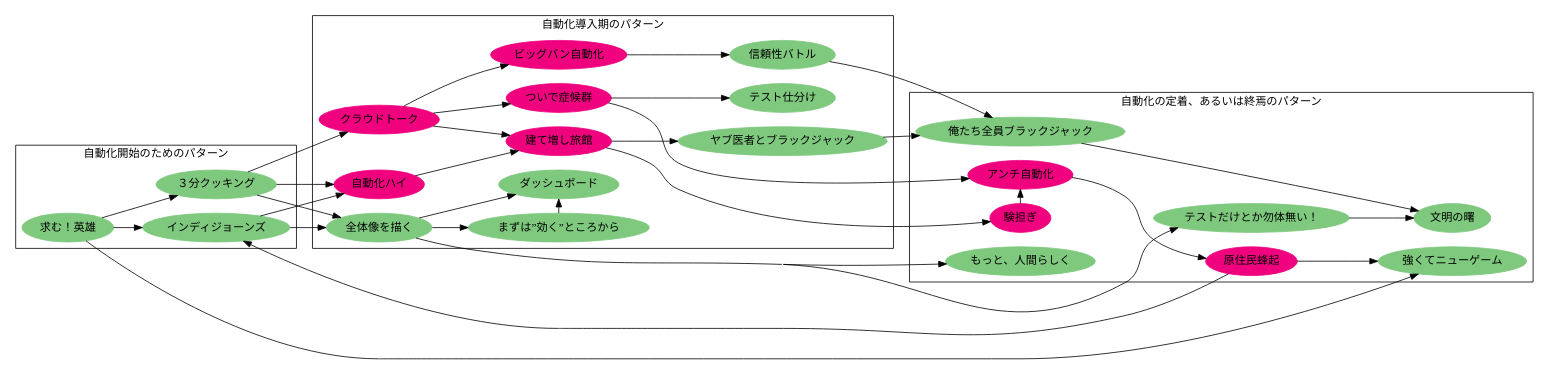
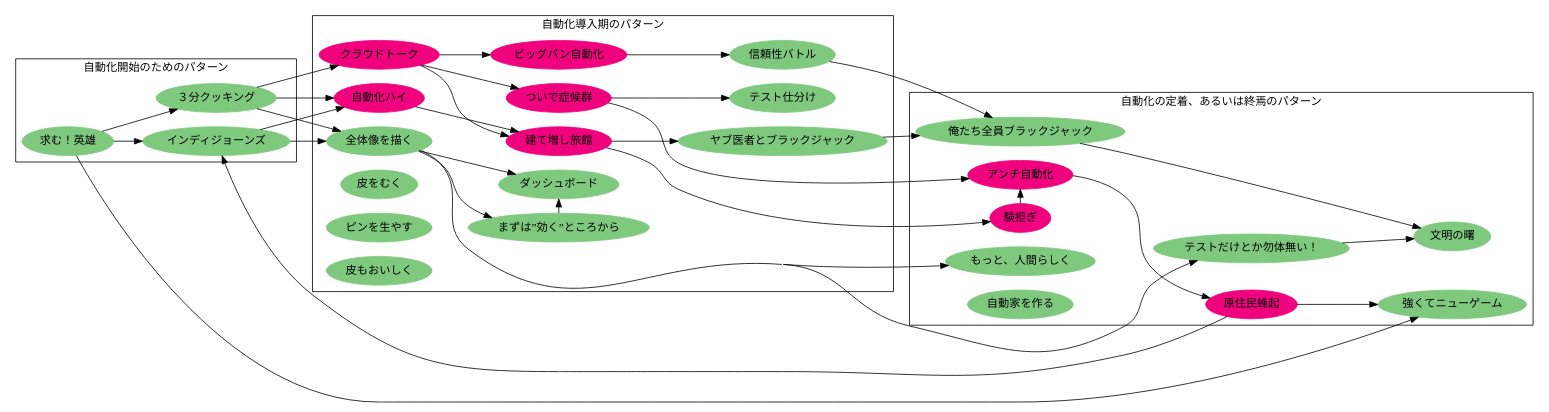
Before and after one commit to KenColle/AutomationPatternLanguage: the diagram in patterns.dot, drawn with Graphviz.

Commit message:
ピンを生やす・皮をむく・皮もおいしく・自動化を作る を追加

```diff
--- a/patterns.dot
+++ b/patterns.dot
@@ -1,104 +1,110 @@
 digraph graphname {
 	rankdir = LR;
 
 	node [shape=ellipse style=filled  colorscheme=accent6];
 	graph [concentrate = true];
 	
 	subgraph cluster_0 {
 		"求む！英雄"[color=1]
 		"３分クッキング"[color=1]
 		"インディジョーンズ"[color=1]
 
 		label = "自動化開始のためのパターン"
 
 		{ rank = same; 求む！英雄 }
 		{ rank = same; ３分クッキング; インディジョーンズ }
 		
 	}
 
 	subgraph cluster_1{
 
 		"全体像を描く"[color=1]
 		"ダッシュボード"[color=1]
 
 
 		"クラウドトーク"[color=6]
 		"自動化ハイ"[color=6]
 		"ビッグバン自動化"[color=6]
 		"ついで症候群"[color=6]
 		"建て増し旅館"[color=6]
 
 		"まずは”効く”ところから"[color=1]
 		
 		"テスト仕分け"[color=1]
 		"信頼性バトル"[color=1]
 		"ヤブ医者とブラックジャック"[color=1]
+
+		"皮をむく"[color=1]
+		"ピンを生やす"[color=1]
+		"皮もおいしく"[color=1]
 		
 		label = "自動化導入期のパターン"
 
 		{ rank = same; 	全体像を描く; クラウドトーク;自動化ハイ;}
 		{ rank = same; 	ダッシュボード; 建て増し旅館; ビッグバン自動化; ついで症候群;まずは”効く”ところから}
 		{ rank = same;	テスト仕分け;信頼性バトル;ヤブ医者とブラックジャック}
 		
 	}
 
 
 	subgraph cluster_2{
 		"アンチ自動化"[color=6]
 		"文明の曙"[color=1]
 		"もっと、人間らしく"[color=1]
 		"俺たち全員ブラックジャック"[color=1]
 		"テストだけとか勿体無い！"[color=1]
 		"験担ぎ"[color=6]
 		"原住民蜂起"[color=6]
 		"強くてニューゲーム"[color=1]
+
+		"自動家を作る"[color=1]
 
 		label = "自動化の定着、あるいは終焉のパターン"
 
 		{ rank = same; もっと、人間らしく;俺たち全員ブラックジャック; 験担ぎ; アンチ自動化}
 		{ rank = same; テストだけとか勿体無い！;原住民蜂起;}
 		{ rank = same; 文明の曙;強くてニューゲーム;}
 	}
 
 
 	求む！英雄 -> ３分クッキング -> クラウドトーク -> 建て増し旅館 -> ヤブ医者とブラックジャック -> 俺たち全員ブラックジャック -> 文明の曙
 	求む！英雄 -> インディジョーンズ -> 全体像を描く-> まずは”効く”ところから
 	求む！英雄 -> 強くてニューゲーム
 	
 
 	３分クッキング -> 全体像を描く;
 	３分クッキング -> 自動化ハイ;
 	
 
 	インディジョーンズ -> 自動化ハイ;
 
 	全体像を描く -> ダッシュボード
 	全体像を描く -> もっと、人間らしく
 	全体像を描く -> テストだけとか勿体無い！
 
 	まずは”効く”ところから -> ダッシュボード
 
 	クラウドトーク -> ビッグバン自動化
 	クラウドトーク -> ついで症候群
 	自動化ハイ -> 建て増し旅館
 
 	
 	建て増し旅館 -> 験担ぎ
 
 	ビッグバン自動化 -> 信頼性バトル -> 俺たち全員ブラックジャック
 
 	ついで症候群 -> アンチ自動化
 	ついで症候群 -> テスト仕分け
 	
 
 	テストだけとか勿体無い！ -> 文明の曙
 
 	俺たち全員ブラックジャック -> 文明の曙
 
 	験担ぎ -> アンチ自動化
 
 	アンチ自動化 -> 原住民蜂起
 
 	原住民蜂起 -> インディジョーンズ
 	原住民蜂起 -> 強くてニューゲーム
  }
```
